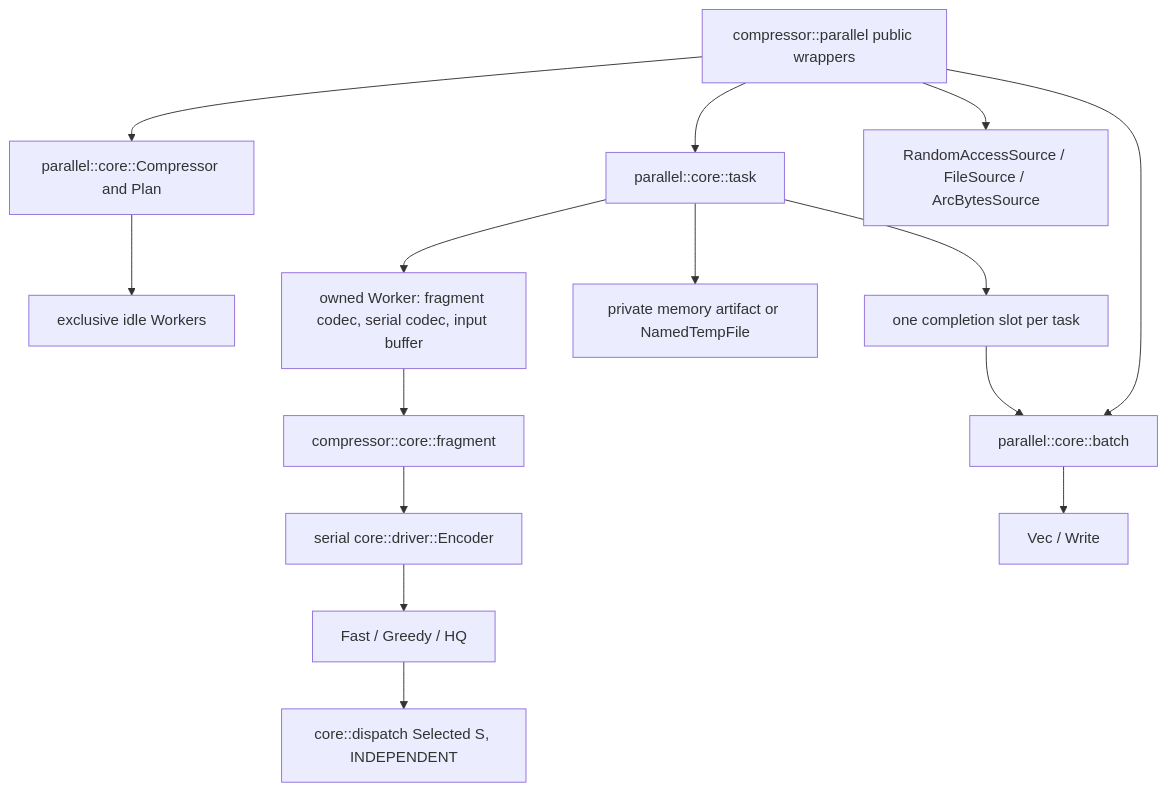
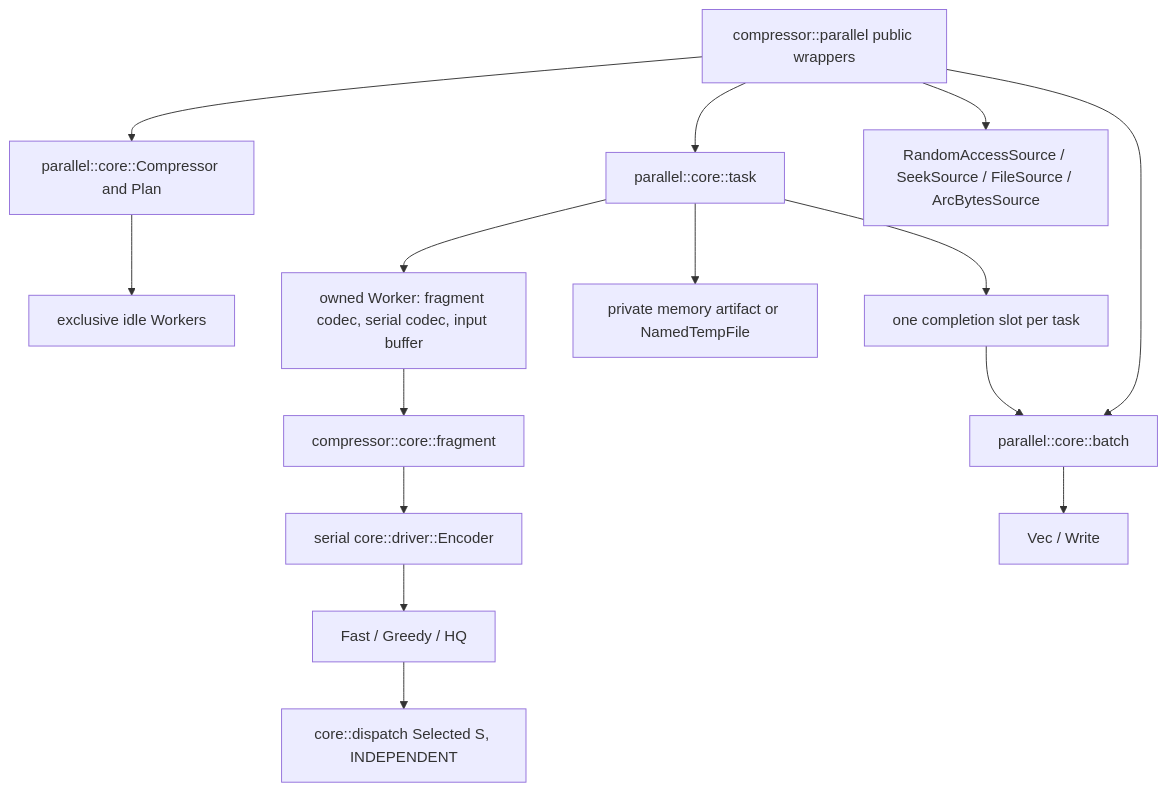
The first of 5 diagrams in architecture/parallel-compression.md (Mnwa/mbrotli), drawn with Mermaid before and after one commit. The commit also changed other lines of this file and 11 other files, not shown here.

Commit message:
Add SeekSource

````diff
--- a/architecture/parallel-compression.md
+++ b/architecture/parallel-compression.md
@@ -26,17 +27,17 @@
 ```mermaid
 graph TD
     Public[compressor::parallel public wrappers] --> Planner[parallel::core::Compressor and Plan]
     Public --> Batch[parallel::core::batch]
     Public --> Task[parallel::core::task]
-    Public --> Source[RandomAccessSource / FileSource / ArcBytesSource]
+    Public --> Source[RandomAccessSource / SeekSource / FileSource / ArcBytesSource]
     Planner --> Reservoir[exclusive idle Workers]
     Task --> Worker[owned Worker: fragment codec, serial codec, input buffer]
     Worker --> Fragment[compressor::core::fragment]
     Fragment --> Driver[serial core::driver::Encoder]
     Driver --> Families[Fast / Greedy / HQ]
     Families --> Dispatch[core::dispatch Selected S, INDEPENDENT]
     Task --> Artifact[private memory artifact or NamedTempFile]
     Task --> Slot[one completion slot per task]
     Slot --> Batch
     Batch --> Destination[Vec / Write]
 ```
````
